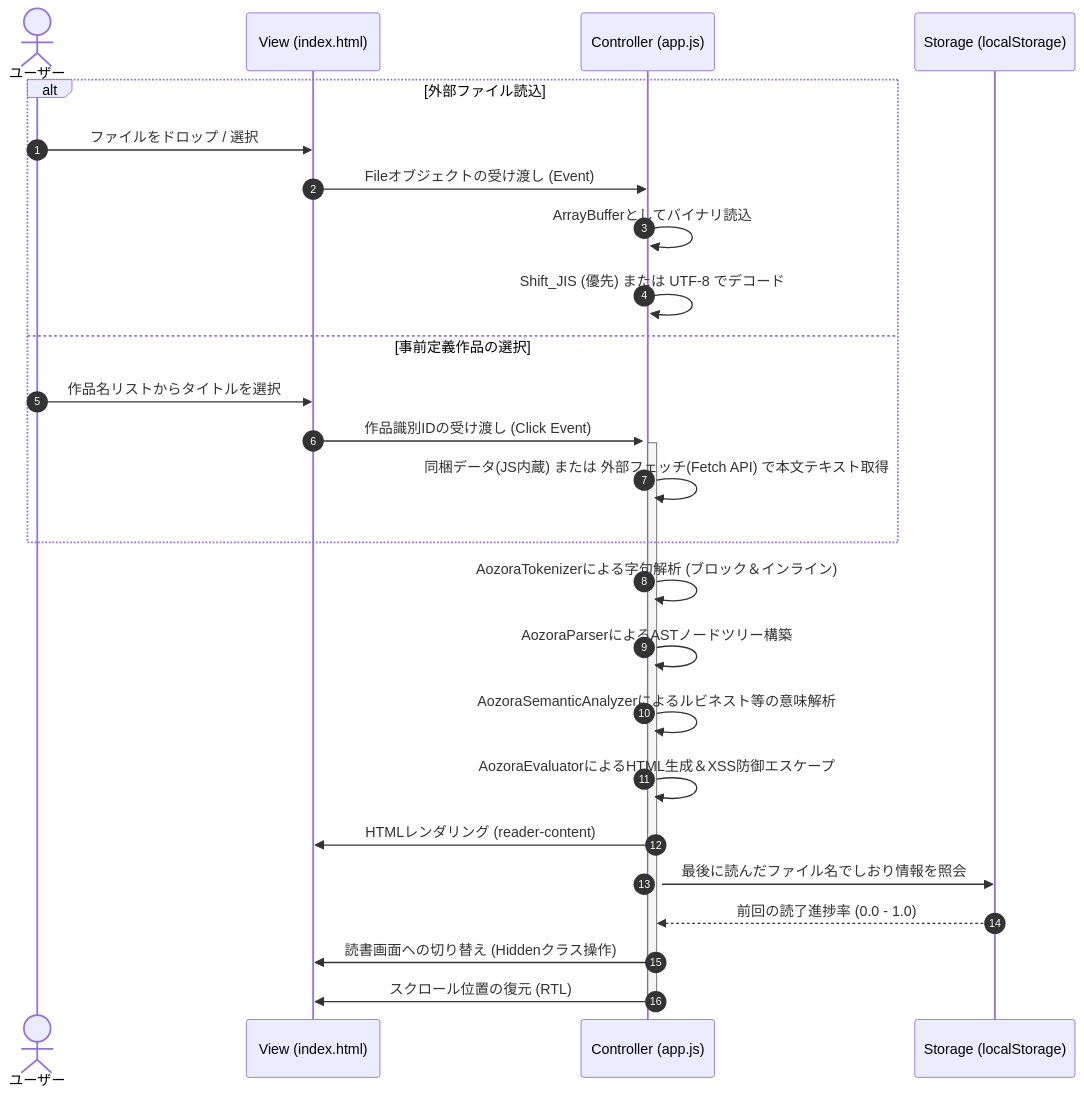
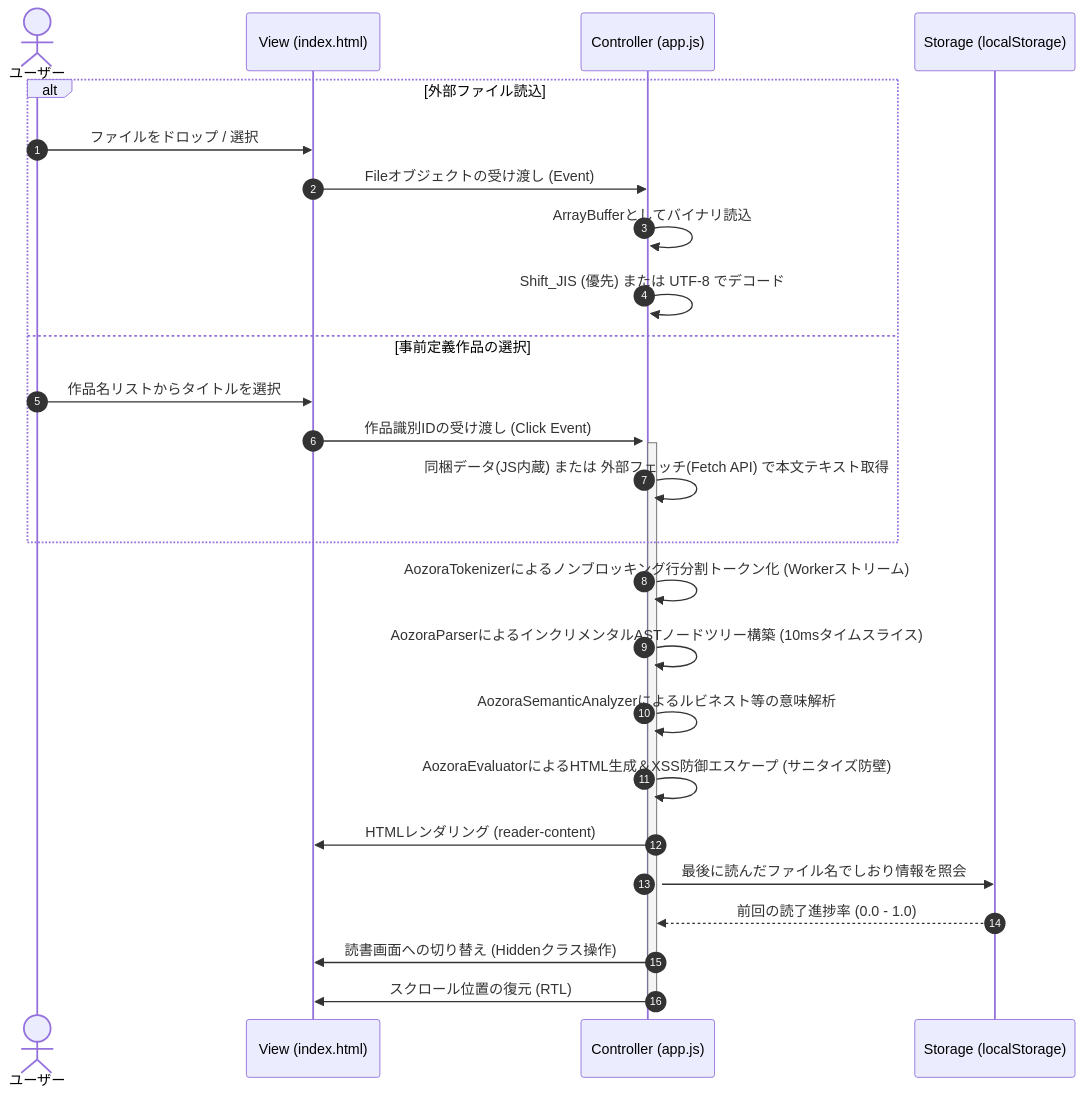
The third of 4 diagrams in docs/designs/DSN-01-high_level_design.md (rokujyouhitoma/yuzora), drawn with Mermaid before and after one commit. The commit also changed 8 other files, not shown here.

````diff
--- a/docs/designs/DSN-01-high_level_design.md
+++ b/docs/designs/DSN-01-high_level_design.md
@@ -170,31 +170,31 @@
 ```mermaid
 sequenceDiagram
     autonumber
     actor ユーザー
     participant V as View (index.html)
     participant C as Controller (app.js)
     participant S as Storage (localStorage)
 
     alt 外部ファイル読込
         ユーザー->>V: ファイルをドロップ / 選択
         V->>C: Fileオブジェクトの受け渡し (Event)
         activate C
         C->>C: ArrayBufferとしてバイナリ読込
         C->>C: Shift_JIS (優先) または UTF-8 でデコード
     else 事前定義作品の選択
         ユーザー->>V: 作品名リストからタイトルを選択
         V->>C: 作品識別IDの受け渡し (Click Event)
         activate C
         C->>C: 同梱データ(JS内蔵) または 外部フェッチ(Fetch API) で本文テキスト取得
     end
-    C->>C: AozoraTokenizerによる字句解析 (ブロック＆インライン)
-    C->>C: AozoraParserによるASTノードツリー構築
+    C->>C: AozoraTokenizerによるノンブロッキング行分割トークン化 (Workerストリーム)
+    C->>C: AozoraParserによるインクリメンタルASTノードツリー構築 (10msタイムスライス)
     C->>C: AozoraSemanticAnalyzerによるルビネスト等の意味解析
-    C->>C: AozoraEvaluatorによるHTML生成＆XSS防御エスケープ
+    C->>C: AozoraEvaluatorによるHTML生成＆XSS防御エスケープ (サニタイズ防壁)
     C->>V: HTMLレンダリング (reader-content)
     C->>S: 最後に読んだファイル名でしおり情報を照会
     S-->>C: 前回の読了進捗率 (0.0 - 1.0)
     C->>V: 読書画面への切り替え (Hiddenクラス操作)
     C->>V: スクロール位置の復元 (RTL)
     deactivate C
 ```
````
